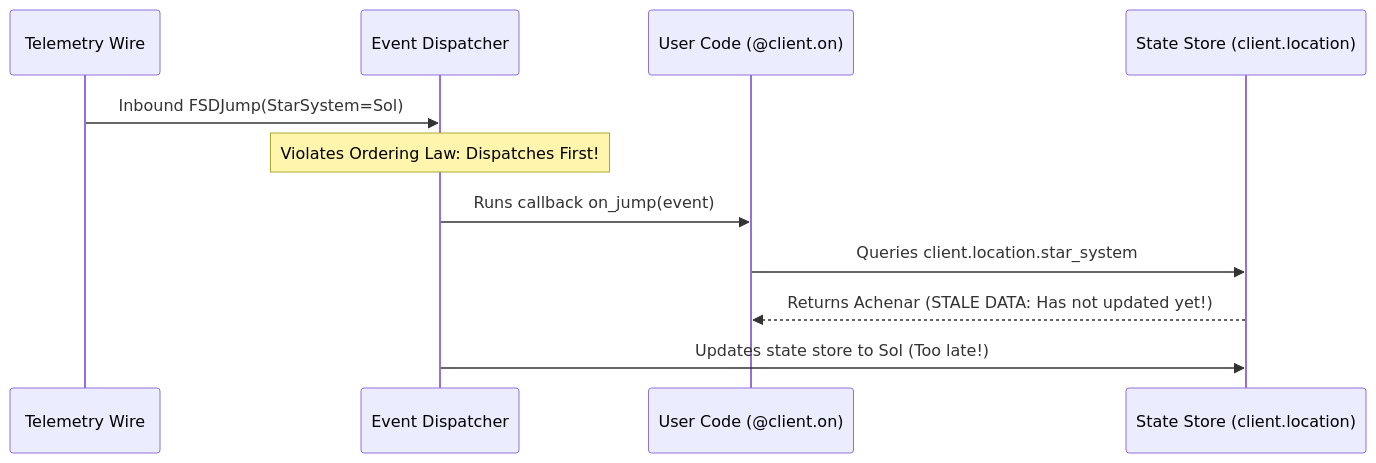
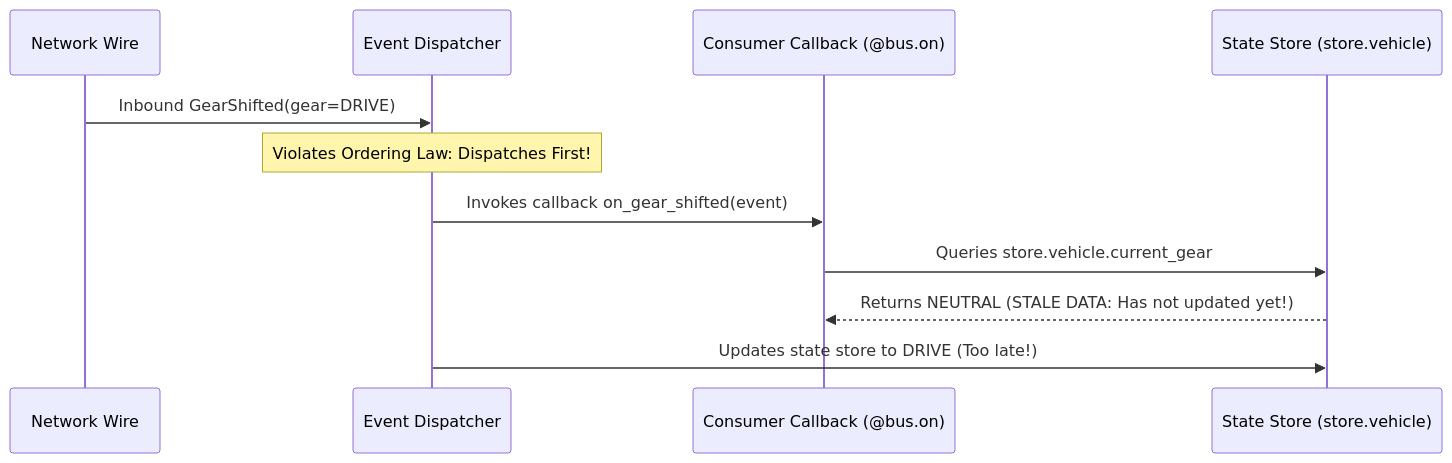
Before and after one commit to mnaatjes/ed-fleet-client: the sixth of 10 diagrams in architecture/notes/event_driven_telemetry_and_state_fundamentals.md, drawn with Mermaid. The commit also changed other lines of this file, not shown here.

Commit message:
docs(architecture): rewrite fundamentals primer with domain-agnostic examples

````diff
--- a/architecture/notes/event_driven_telemetry_and_state_fundamentals.md
+++ b/architecture/notes/event_driven_telemetry_and_state_fundamentals.md
@@ -202,14 +210,14 @@
 ```mermaid
 sequenceDiagram
-    participant Wire as Telemetry Wire
+    participant Wire as Network Wire
     participant Bus as Event Dispatcher
-    participant User as User Code (@client.on)
-    participant State as State Store (client.location)
+    participant User as Consumer Callback (@bus.on)
+    participant State as State Store (store.vehicle)
 
-    Wire->>Bus: Inbound FSDJump(StarSystem=Sol)
+    Wire->>Bus: Inbound GearShifted(gear=DRIVE)
     Note over Bus: Violates Ordering Law: Dispatches First!
-    Bus->>User: Runs callback on_jump(event)
-    User->>State: Queries client.location.star_system
-    State-->>User: Returns Achenar (STALE DATA: Has not updated yet!)
-    Bus->>State: Updates state store to Sol (Too late!)
+    Bus->>User: Invokes callback on_gear_shifted(event)
+    User->>State: Queries store.vehicle.current_gear
+    State-->>User: Returns NEUTRAL (STALE DATA: Has not updated yet!)
+    Bus->>State: Updates state store to DRIVE (Too late!)
 ```
````
